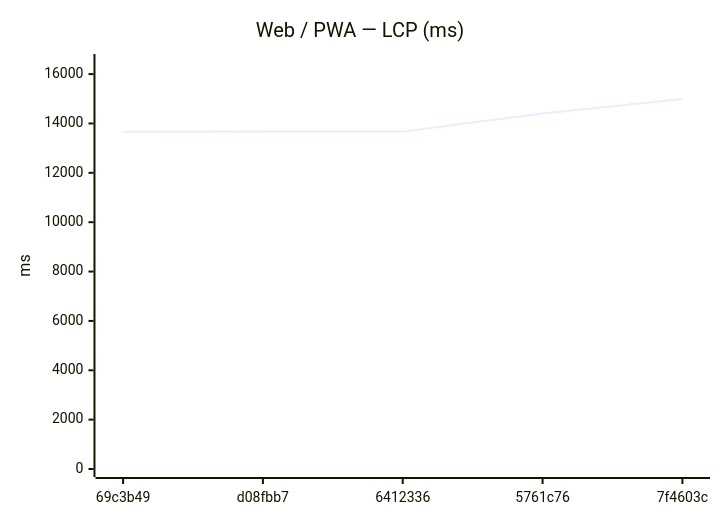
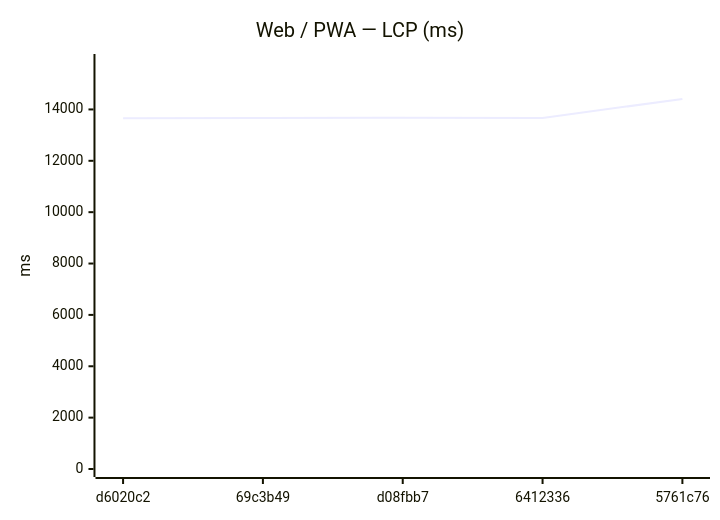
One commit to Metaheurist/Rianell changed the seventh of 18 diagrams in benchmarks/compare.md. Above: the diagram before and after it, drawn with Mermaid. The commit also changed other lines of this file and 11 other files, not shown here.

````diff
--- a/benchmarks/compare.md
+++ b/benchmarks/compare.md
@@ -117,7 +117,7 @@
 ```mermaid
 xychart-beta
     title "Web / PWA — LCP (ms)"
-    x-axis ["69c3b49", "d08fbb7", "6412336", "5761c76", "7f4603c"]
-    y-axis "ms" 0 --> 16491
-    line [13664, 13678, 13670, 14406, 14991]
+    x-axis ["d6020c2", "69c3b49", "d08fbb7", "6412336", "5761c76"]
+    y-axis "ms" 0 --> 15847
+    line [13654, 13664, 13678, 13670, 14406]
 ```
````
